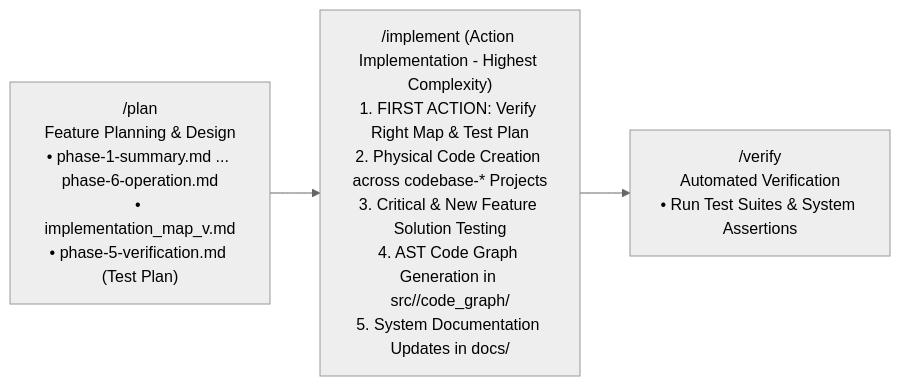
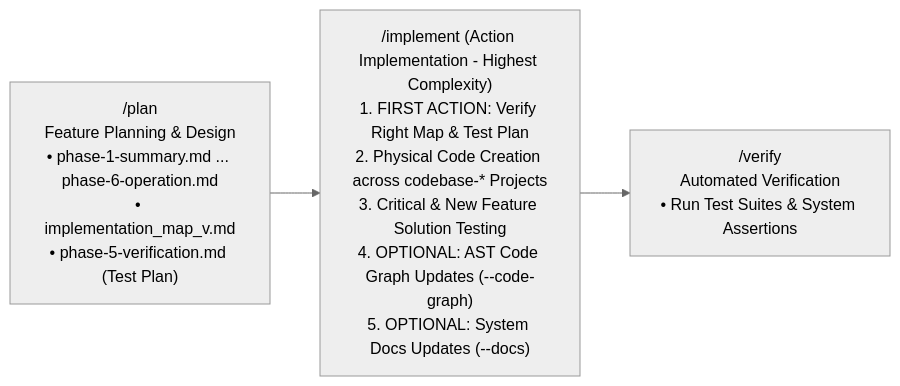
One commit to hrvthgergo/agent-driven-templates changed the first of 3 diagrams in fullstack_software_dev/implement/implement_workflow.md. Above: the diagram before and after it, drawn with Mermaid (neutral theme). The commit also changed other lines of this file and 1 other file, not shown here.

Commit message:
Add Token Economy Guard making Code Graph and System Docs updates optional add-ons in /implement workflow

````diff
--- a/fullstack_software_dev/implement/implement_workflow.md
+++ b/fullstack_software_dev/implement/implement_workflow.md
@@ -11,6 +11,6 @@
 ```mermaid
 graph LR
     Plan["/plan<br/>Feature Planning & Design<br/>• phase-1-summary.md ... phase-6-operation.md<br/>• implementation_map_v<version>.md<br/>• phase-5-verification.md (Test Plan)"] 
-    --> Implement["/implement (Action Implementation - Highest Complexity)<br/>1. FIRST ACTION: Verify Right Map & Test Plan<br/>2. Physical Code Creation across codebase-* Projects<br/>3. Critical & New Feature Solution Testing<br/>4. AST Code Graph Generation in src/<layer>/code_graph/<br/>5. System Documentation Updates in docs/"]
+    --> Implement["/implement (Action Implementation - Highest Complexity)<br/>1. FIRST ACTION: Verify Right Map & Test Plan<br/>2. Physical Code Creation across codebase-* Projects<br/>3. Critical & New Feature Solution Testing<br/>4. OPTIONAL: AST Code Graph Updates (--code-graph)<br/>5. OPTIONAL: System Docs Updates (--docs)"]
     --> Verify["/verify<br/>Automated Verification<br/>• Run Test Suites & System Assertions"]
 ```
````
